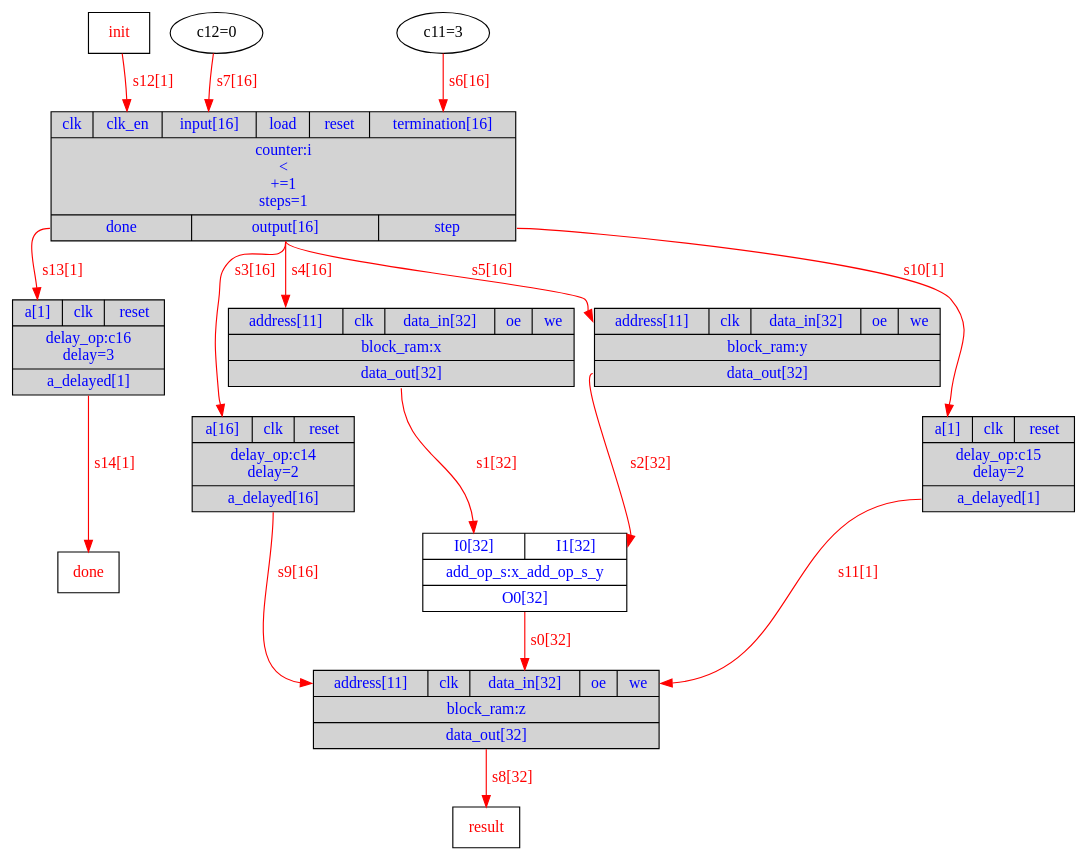
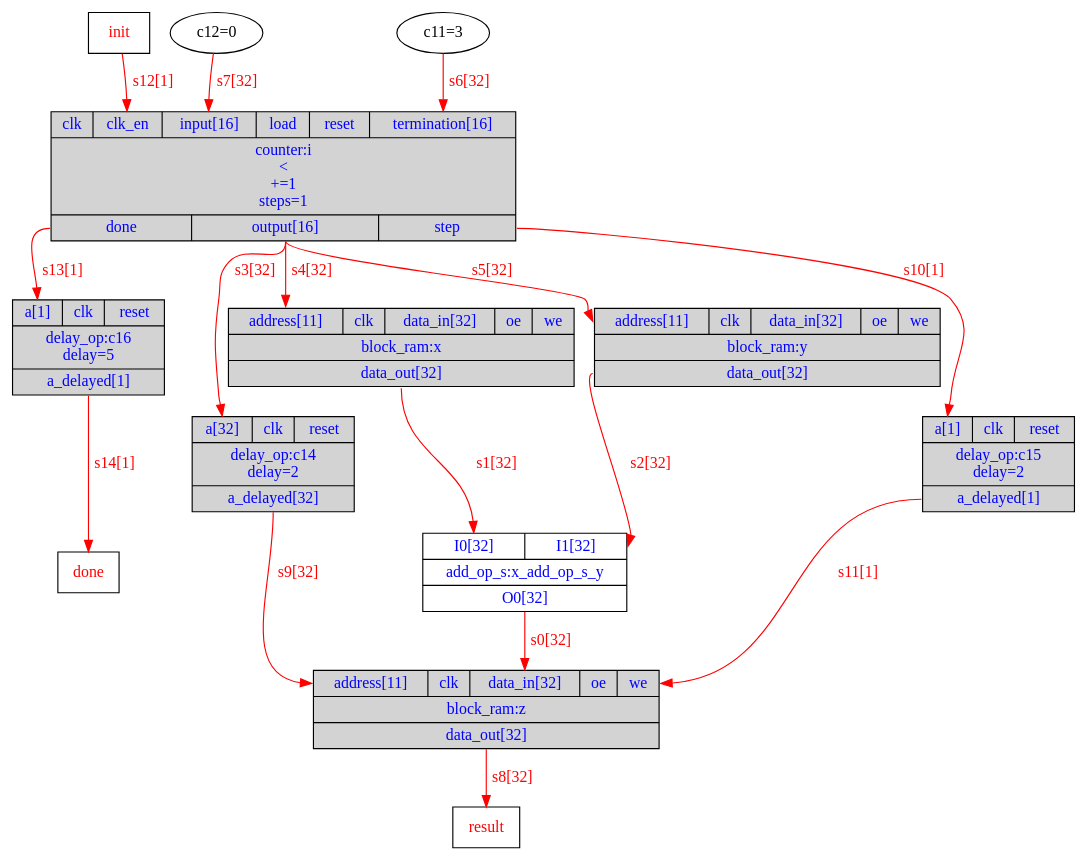
One commit to menotti/lalp changed the diagram in branches/LALPC/Exemplos/vecsum/DOT/Exemplo_HW.dot. Above: the diagram before and after it, drawn with Graphviz. The commit also changed 75 other files, not shown here.

```diff
--- a/branches/LALPC/Exemplos/vecsum/DOT/Exemplo_HW.dot
+++ b/branches/LALPC/Exemplos/vecsum/DOT/Exemplo_HW.dot
@@ -1,27 +1,27 @@
 digraph diagram {
 // Components (Nodes) 
 "i" [shape=record, fontcolor=blue, style="filled", fillcolor="lightgray", label="{{<clk>clk|<clk_en>clk_en|<input>input[16]|<load>load|<reset>reset|<termination>termination[16]}|counter:i\n\<\n+=1\nsteps=1|{<done>done|<output>output[16]|<step>step}}"]; 
 "z" [shape=record, fontcolor=blue, style="filled", fillcolor="lightgray", label="{{<address>address[11]|<clk>clk|<data_in>data_in[32]|<oe>oe|<we>we}|block_ram:z|{<data_out>data_out[32]}}"]; 
 "x_add_op_s_y" [shape=record, fontcolor=blue, label="{{<I0>I0[32]|<I1>I1[32]}|add_op_s:x_add_op_s_y|{<O0>O0[32]}}"]; 
 "x" [shape=record, fontcolor=blue, style="filled", fillcolor="lightgray", label="{{<address>address[11]|<clk>clk|<data_in>data_in[32]|<oe>oe|<we>we}|block_ram:x|{<data_out>data_out[32]}}"]; 
 "y" [shape=record, fontcolor=blue, style="filled", fillcolor="lightgray", label="{{<address>address[11]|<clk>clk|<data_in>data_in[32]|<oe>oe|<we>we}|block_ram:y|{<data_out>data_out[32]}}"]; 
-"init" [shape=msquare fontcolor=red label="init"]"done" [shape=msquare fontcolor=red label="done"]"c11" [fontcolor=b label="c11=3"]"c12" [fontcolor=b label="c12=0"]"result" [shape=msquare fontcolor=red label="result"]"c14" [shape=record, fontcolor=blue, style="filled", fillcolor="lightgray", label="{{<a>a[16]|<clk>clk|<reset>reset}|delay_op:c14\ndelay=2|{<a_delayed>a_delayed[16]}}"]; 
+"init" [shape=msquare fontcolor=red label="init"]"done" [shape=msquare fontcolor=red label="done"]"c11" [fontcolor=b label="c11=3"]"c12" [fontcolor=b label="c12=0"]"result" [shape=msquare fontcolor=red label="result"]"c14" [shape=record, fontcolor=blue, style="filled", fillcolor="lightgray", label="{{<a>a[32]|<clk>clk|<reset>reset}|delay_op:c14\ndelay=2|{<a_delayed>a_delayed[32]}}"]; 
 "c15" [shape=record, fontcolor=blue, style="filled", fillcolor="lightgray", label="{{<a>a[1]|<clk>clk|<reset>reset}|delay_op:c15\ndelay=2|{<a_delayed>a_delayed[1]}}"]; 
-"c16" [shape=record, fontcolor=blue, style="filled", fillcolor="lightgray", label="{{<a>a[1]|<clk>clk|<reset>reset}|delay_op:c16\ndelay=3|{<a_delayed>a_delayed[1]}}"]; 
+"c16" [shape=record, fontcolor=blue, style="filled", fillcolor="lightgray", label="{{<a>a[1]|<clk>clk|<reset>reset}|delay_op:c16\ndelay=5|{<a_delayed>a_delayed[1]}}"]; 
 // Signals (Edges) 
 "x_add_op_s_y":O0 -> "z":data_in[label="s0[32]" color=red fontcolor=red]; 
 "x":data_out -> "x_add_op_s_y":I0[label="s1[32]" color=red fontcolor=red]; 
 "y":data_out -> "x_add_op_s_y":I1[label="s2[32]" color=red fontcolor=red]; 
-"i":output -> "c14":a[label="s3[16]" color=red fontcolor=red]; 
-"i":output -> "x":address[label="s4[16]" color=red fontcolor=red]; 
-"i":output -> "y":address[label="s5[16]" color=red fontcolor=red]; 
-"c11":out -> "i":termination[label="s6[16]" color=red fontcolor=red]; 
-"c12":out -> "i":input[label="s7[16]" color=red fontcolor=red]; 
+"i":output -> "c14":a[label="s3[32]" color=red fontcolor=red]; 
+"i":output -> "x":address[label="s4[32]" color=red fontcolor=red]; 
+"i":output -> "y":address[label="s5[32]" color=red fontcolor=red]; 
+"c11":out -> "i":termination[label="s6[32]" color=red fontcolor=red]; 
+"c12":out -> "i":input[label="s7[32]" color=red fontcolor=red]; 
 "z":data_out -> "result":in[label="s8[32]" color=red fontcolor=red]; 
-"c14":a_delayed -> "z":address[label="s9[16]" color=red fontcolor=red]; 
+"c14":a_delayed -> "z":address[label="s9[32]" color=red fontcolor=red]; 
 "i":step -> "c15":a[label="s10[1]" color=red fontcolor=red]; 
 "c15":a_delayed -> "z":we[label="s11[1]" color=red fontcolor=red]; 
 "init":out -> "i":clk_en[label="s12[1]" color=red fontcolor=red]; 
 "i":done -> "c16":a[label="s13[1]" color=red fontcolor=red]; 
 "c16":a_delayed -> "done":in[label="s14[1]" color=red fontcolor=red]; 
 }
```
